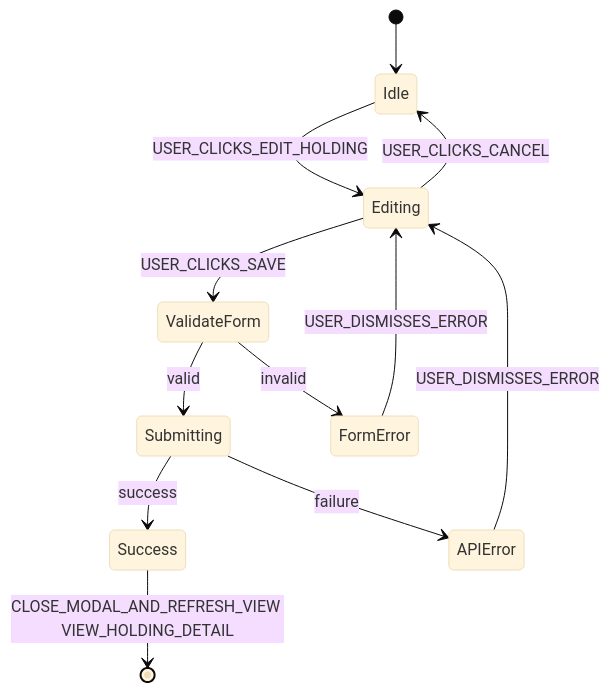
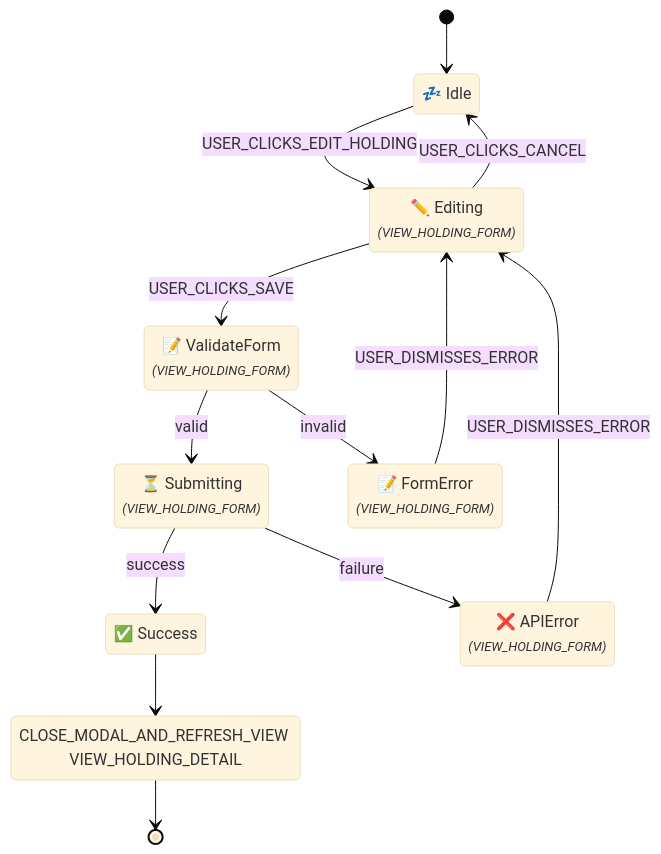
Before and after one commit to enzhao/Sentinel: diagram 15 of 21 in docs/ui_flow_diagrams.md, drawn with Mermaid (base theme). The commit also changed other lines of this file and 6 other files, not shown here.

````diff
--- a/docs/ui_flow_diagrams.md
+++ b/docs/ui_flow_diagrams.md
@@ -221,15 +449,23 @@
 ```mermaid
 stateDiagram-v2
-    state "Idle" as Idle
     [*] --> Idle
+    state "💤 Idle" as Idle
     Idle --> Editing : USER_CLICKS_EDIT_HOLDING
+    state "✏️ Editing<br/><font size="2"><i>(VIEW_HOLDING_FORM)</i></font>" as Editing
     Editing --> ValidateForm : USER_CLICKS_SAVE
     Editing --> Idle : USER_CLICKS_CANCEL
+    state "📝 ValidateForm<br/><font size="2"><i>(VIEW_HOLDING_FORM)</i></font>" as ValidateForm
     ValidateForm --> Submitting : valid
     ValidateForm --> FormError : invalid
+    state "⏳ Submitting<br/><font size="2"><i>(VIEW_HOLDING_FORM)</i></font>" as Submitting
     Submitting --> Success : success
     Submitting --> APIError : failure
-    Success --> [*] : CLOSE_MODAL_AND_REFRESH_VIEW VIEW_HOLDING_DETAIL
+    state "✅ Success" as Success
+    state "CLOSE_MODAL_AND_REFRESH_VIEW VIEW_HOLDING_DETAIL" as Success_exit_action
+    Success --> Success_exit_action
+    Success_exit_action --> [*]
+    state "📝 FormError<br/><font size="2"><i>(VIEW_HOLDING_FORM)</i></font>" as FormError
     FormError --> Editing : USER_DISMISSES_ERROR
+    state "❌ APIError<br/><font size="2"><i>(VIEW_HOLDING_FORM)</i></font>" as APIError
     APIError --> Editing : USER_DISMISSES_ERROR
 ```
````
